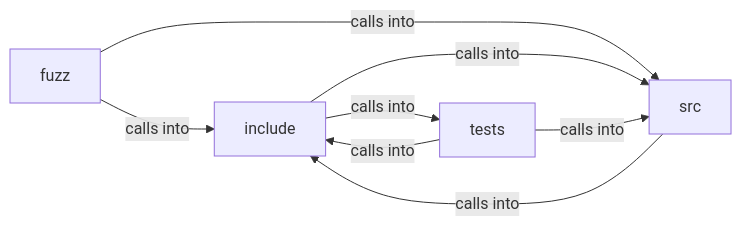
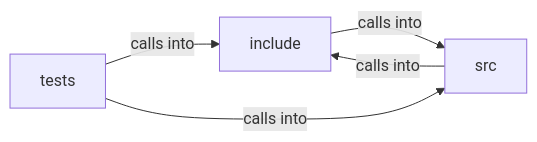
One commit to grisuno/FreeDom changed the diagram in readmenator-diagrams/src_tab.md. Above: the diagram before and after it, drawn with Mermaid. The commit also changed other lines of this file and 364 other files, not shown here.

````diff
--- a/readmenator-diagrams/src_tab.md
+++ b/readmenator-diagrams/src_tab.md
@@ -5,14 +5,10 @@
 ```mermaid
 graph LR
-    fuzz["fuzz"]
     include["include"]
     src["src"]
     tests["tests"]
-    fuzz -- "calls into" --> include
-    fuzz -- "calls into" --> src
     include -- "calls into" --> src
-    include -- "calls into" --> tests
     src -- "calls into" --> include
     tests -- "calls into" --> include
     tests -- "calls into" --> src
 ```
````
